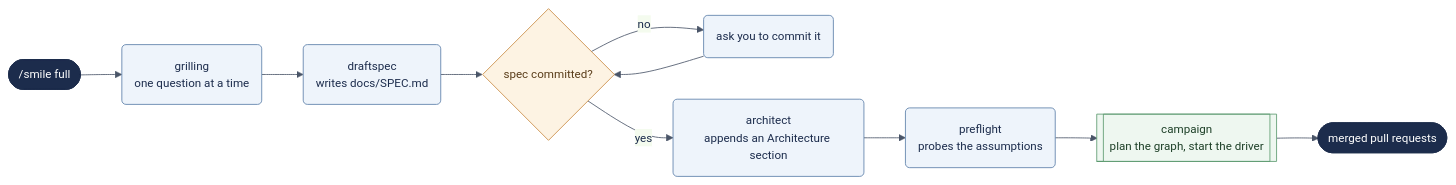
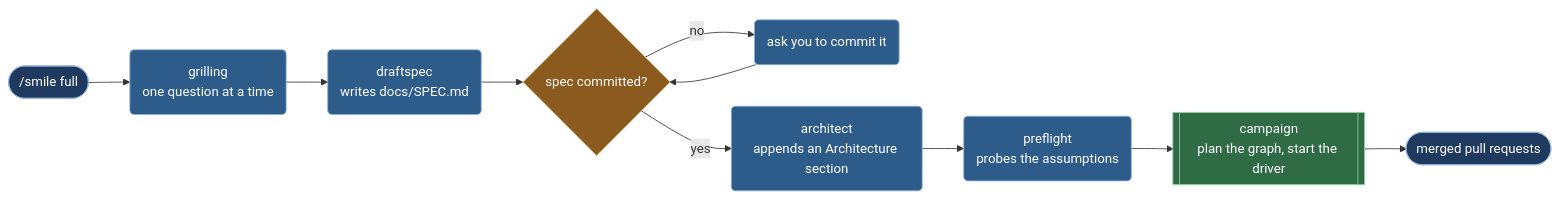
One commit to DavidChen-006/smile-software-factory changed the third of 4 diagrams in README.md. Above: the diagram before and after it, drawn with Mermaid. The commit also changed other lines of this file, not shown here.

First line of the commit message:
docs: README diagrams use saturated fills with white text so they read on GitHub's dark theme

````diff
--- a/README.md
+++ b/README.md
@@ -200,22 +200,21 @@
 ```mermaid
-%%{init: {'theme':'base','themeVariables':{'primaryColor':'#eef4fb','primaryTextColor':'#1c2c4c','primaryBorderColor':'#5b7ea8','lineColor':'#4a5568','fontSize':'14px'}}}%%
 flowchart LR
     Start([/smile full]) --> Grill(grilling<br/>one question at a time)
     Grill --> Draft(draftspec<br/>writes docs/SPEC.md)
     Draft --> Freeze{spec committed?}
     Freeze -->|no| Ask(ask you to commit it)
     Ask --> Freeze
     Freeze -->|yes| Arch(architect<br/>appends an Architecture section)
     Arch --> Pre(preflight<br/>probes the assumptions)
     Pre --> Camp[[campaign<br/>plan the graph, start the driver]]
     Camp --> Done([merged pull requests])
 
-    classDef terminal fill:#1c2c4c,stroke:#1c2c4c,color:#ffffff
-    classDef action fill:#eef4fb,stroke:#5b7ea8,color:#1c2c4c
-    classDef decision fill:#fdf3e3,stroke:#c98a42,color:#5a3d1a
-    classDef subproc fill:#eef7f0,stroke:#5b9a6e,color:#1e4028
+    classDef terminal fill:#1f3a5f,stroke:#8fb3e0,color:#ffffff
+    classDef action fill:#2d5c8a,stroke:#8fb3e0,color:#ffffff
+    classDef decision fill:#8a5a1e,stroke:#e0b070,color:#ffffff
+    classDef subproc fill:#2f6b45,stroke:#8fd0a0,color:#ffffff
     class Start,Done terminal
     class Grill,Draft,Ask,Arch,Pre action
     class Freeze decision
     class Camp subproc
 ```
````
